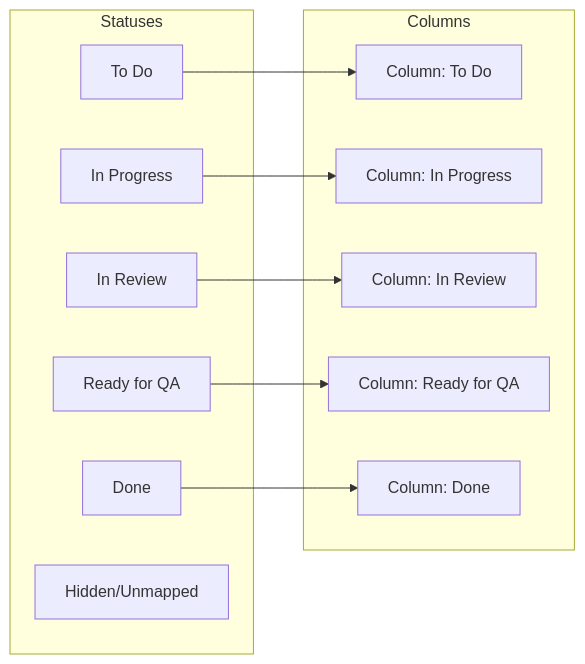
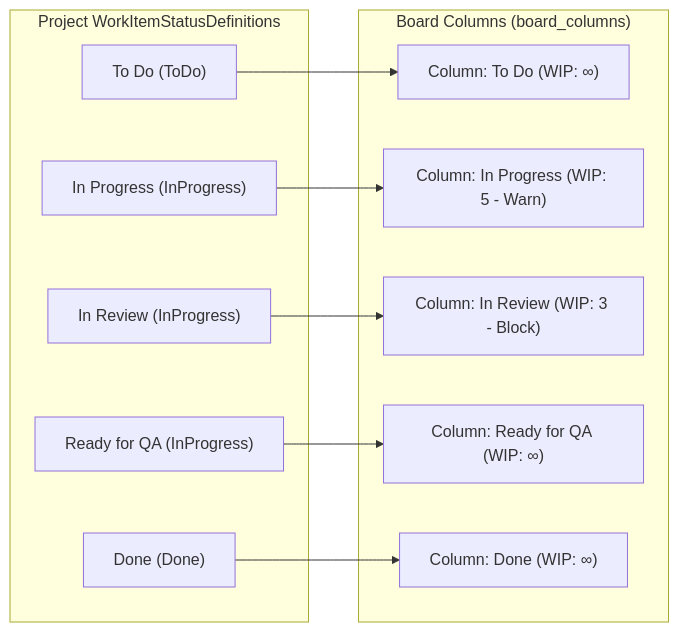
Before and after one commit to ekanatha-urivakili/Orbit: diagram 42 of 43 in ORBIT-WORK-MANAGEMENT-ARCHITECTURE.md, drawn with Mermaid. The commit also changed other lines of this file and 10 other files, not shown here.

````diff
--- a/ORBIT-WORK-MANAGEMENT-ARCHITECTURE.md
+++ b/ORBIT-WORK-MANAGEMENT-ARCHITECTURE.md
@@ -3028,25 +3088,24 @@
 ```mermaid
 flowchart LR
-    subgraph Statuses
-        S1[To Do]
-        S2[In Progress]
-        S3[In Review]
-        S4[Ready for QA]
-        S5[Done]
-        S6[Hidden/Unmapped]
+    subgraph Statuses["Project WorkItemStatusDefinitions"]
+        S1["To Do (ToDo)"]
+        S2["In Progress (InProgress)"]
+        S3["In Review (InProgress)"]
+        S4["Ready for QA (InProgress)"]
+        S5["Done (Done)"]
     end
     
-    subgraph Columns
-        C1[Column: To Do]
-        C2[Column: In Progress]
-        C3[Column: In Review]
-        C4[Column: Ready for QA]
-        C5[Column: Done]
+    subgraph Columns["Board Columns (board_columns)"]
+        C1["Column: To Do (WIP: ∞)"]
+        C2["Column: In Progress (WIP: 5 - Warn)"]
+        C3["Column: In Review (WIP: 3 - Block)"]
+        C4["Column: Ready for QA (WIP: ∞)"]
+        C5["Column: Done (WIP: ∞)"]
     end
     
     S1 --> C1
     S2 --> C2
     S3 --> C3
     S4 --> C4
     S5 --> C5
 ```
````
